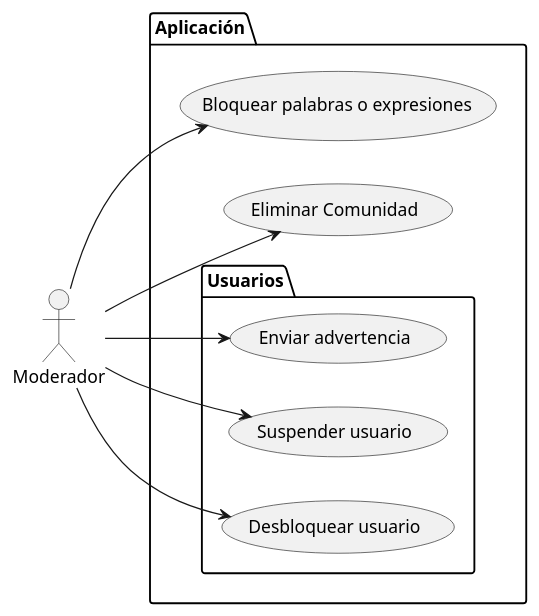
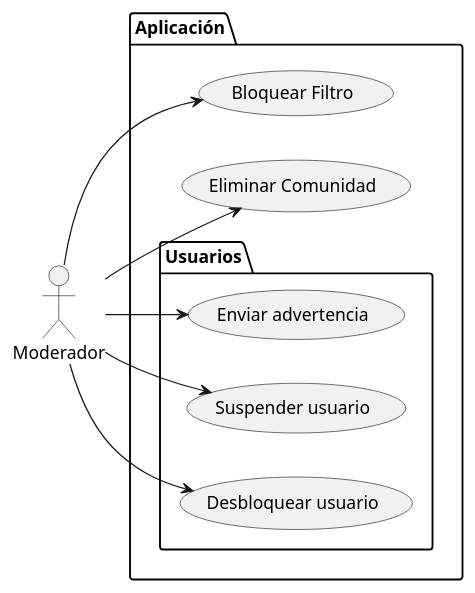
The diagram in CdU/DdCdUso_Moderador/7ª_Iteración/DdCdU_Moderador_Us.puml (miguelgomez75/24-25-IdSw1-SDR), drawn with PlantUML before and after one commit.

```diff
--- a/CdU/DdCdUso_Moderador/7ª_Iteración/DdCdU_Moderador_Us.puml
+++ b/CdU/DdCdUso_Moderador/7ª_Iteración/DdCdU_Moderador_Us.puml
@@ -1,24 +1,24 @@
 @startuml
 left to right direction
 actor Moderador
 
 package Aplicación{
 
 together{
-        usecase "Bloquear palabras o expresiones" as UC7
+        usecase "Bloquear Filtro" as UC7
         usecase "Eliminar Comunidad" as UC9
     }
  package Usuarios{
         usecase "Enviar advertencia" as UC5
         usecase "Suspender usuario" as UC3
         usecase "Desbloquear usuario" as UC8
     }
 }
 
 Moderador --> UC3
 Moderador --> UC5
 Moderador --> UC7
 Moderador --> UC8
 Moderador --> UC9
 
 @enduml
```
